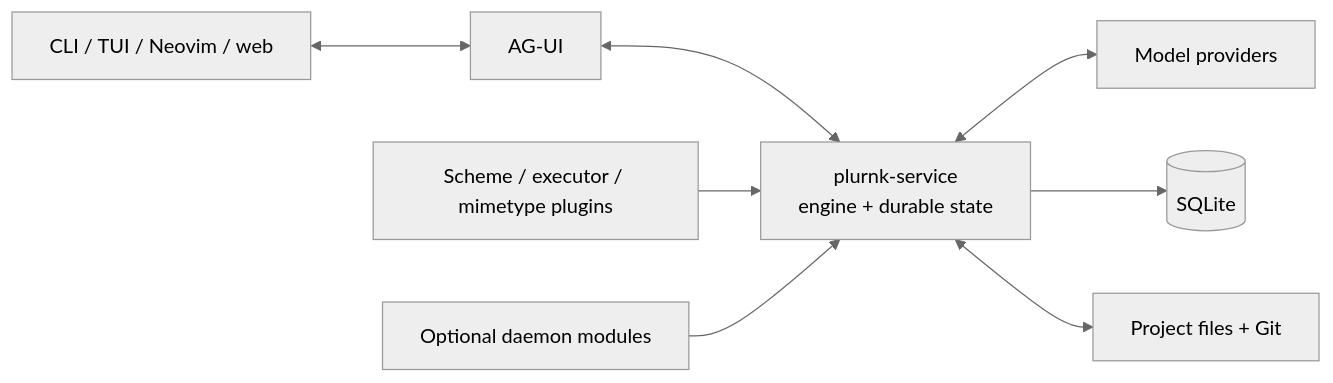
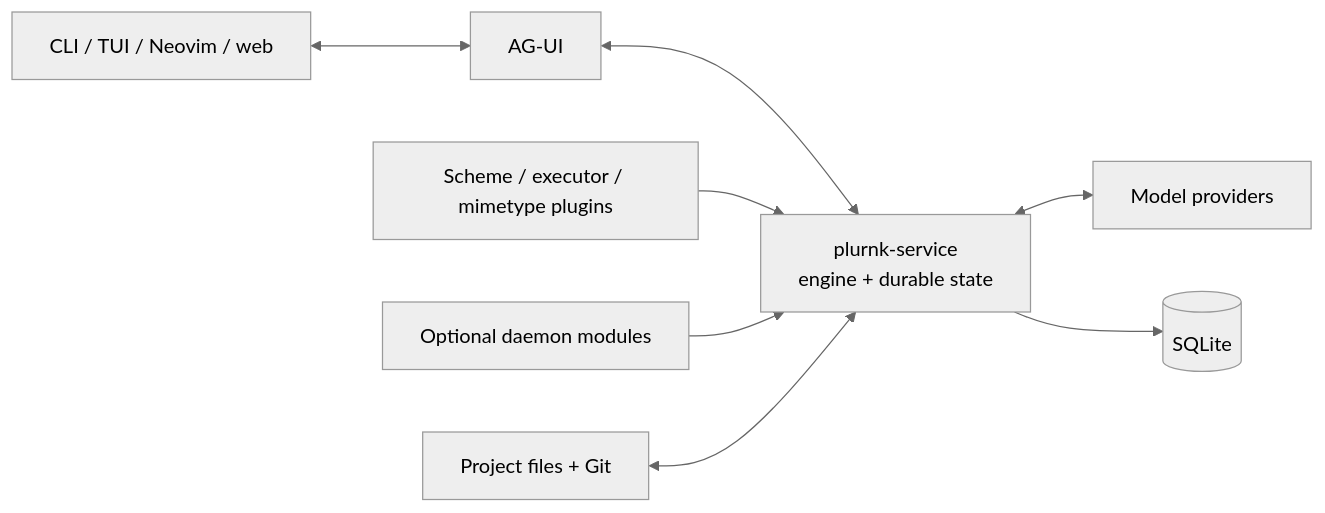
One commit to plurnk/plurnk-service changed the diagram in README.md. Above: the diagram before and after it, drawn with Mermaid (neutral theme). The commit also changed 1 other file, not shown here.

Commit message:
docs: polish diagram rendering (#26)

````diff
--- a/README.md
+++ b/README.md
@@ -25,10 +25,10 @@
 ```mermaid
 flowchart LR
     clients["CLI / TUI / Neovim / web"] <--> agui["AG-UI"]
     agui <--> core["plurnk-service<br/>engine + durable state"]
     core <--> providers["Model providers"]
     plugins["Scheme / executor / mimetype plugins"] --> core
     modules["Optional daemon modules"] --> core
+    project["Project files + Git"] <--> core
     core --> sqlite[(SQLite)]
-    core <--> project["Project files + Git"]
 ```
````
